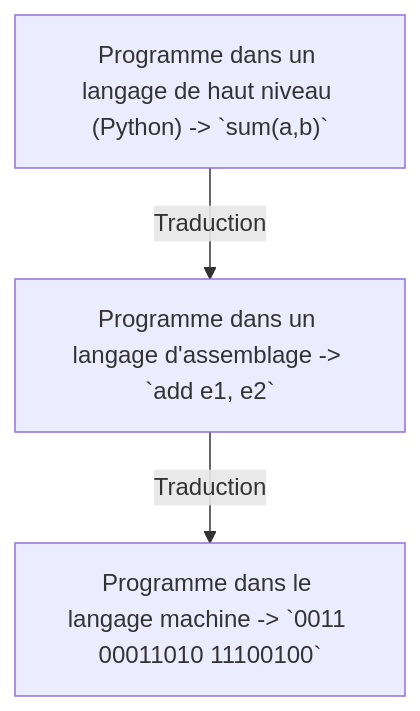
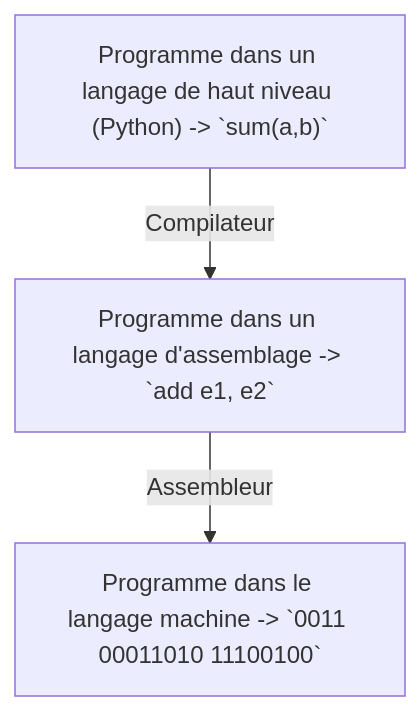
Before and after one commit to boddaert/nsi: the diagram in première/Architecture_des_machines/Langage_machine.md, drawn with Mermaid. The commit also changed other lines of this file and 3 other files, not shown here.

````diff
--- a/première/Architecture_des_machines/Langage_machine.md
+++ b/première/Architecture_des_machines/Langage_machine.md
@@ -23,7 +23,7 @@
 ```mermaid
 flowchart TB
     a["Programme dans un langage de haut niveau (Python) -> `sum(a,b)`"]
     b["Programme dans un langage d'assemblage -> `add e1, e2`"]
     c["Programme dans le langage machine -> `0011 00011010 11100100`"]
-    a-- Traduction -->b-- Traduction -->c
+    a-- Compilateur -->b-- Assembleur -->c
 ```
````
